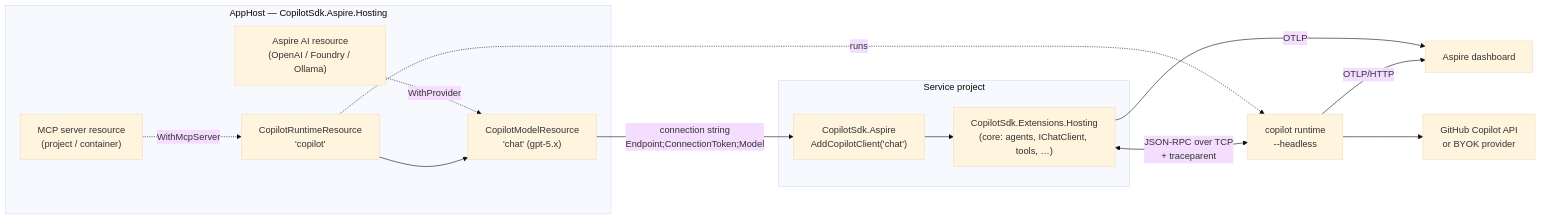
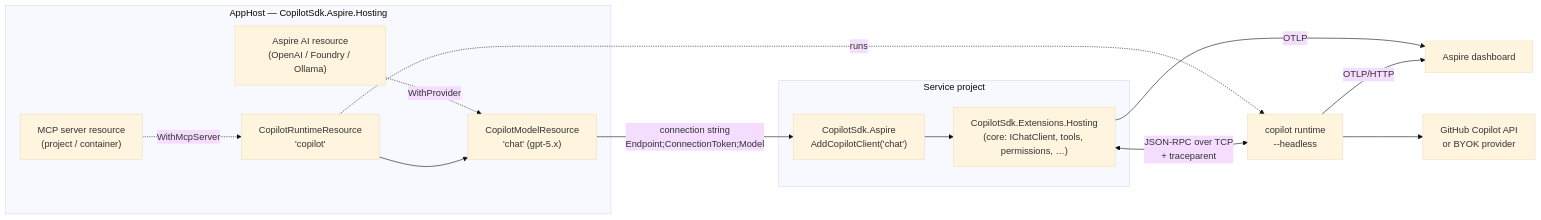
The diagram in dotnet-aspire/docs/design.md (brunoborges/copilot-sdk-integrations), drawn with Mermaid (base theme) before and after one commit. The commit also changed other lines of this file and 4 other files, not shown here.

````diff
--- a/dotnet-aspire/docs/design.md
+++ b/dotnet-aspire/docs/design.md
@@ -69,25 +70,25 @@
 ```mermaid
 flowchart LR
     subgraph AppHost["AppHost — CopilotSdk.Aspire.Hosting"]
         R["CopilotRuntimeResource<br/>'copilot'"]
         M["CopilotModelResource<br/>'chat' (gpt-5.x)"]
         MCP["MCP server resource<br/>(project / container)"]
         BYOK["Aspire AI resource<br/>(OpenAI / Foundry / Ollama)"]
         R --> M
         MCP -. WithMcpServer .-> R
         BYOK -. WithProvider .-> M
     end
 
     subgraph Svc["Service project"]
         AC["CopilotSdk.Aspire<br/>AddCopilotClient('chat')"]
-        CORE["CopilotSdk.Extensions.Hosting<br/>(core: agents, IChatClient, tools, …)"]
+        CORE["CopilotSdk.Extensions.Hosting<br/>(core: IChatClient, tools, permissions, …)"]
         AC --> CORE
     end
 
     M -- "connection string<br/>Endpoint;ConnectionToken;Model" --> AC
     CORE <-- "JSON-RPC over TCP<br/>+ traceparent" --> RT["copilot runtime<br/>--headless"]
     R -. runs .-> RT
     RT -- OTLP/HTTP --> D["Aspire dashboard"]
     CORE -- OTLP --> D
     RT --> GH["GitHub Copilot API<br/>or BYOK provider"]
 ```
````
